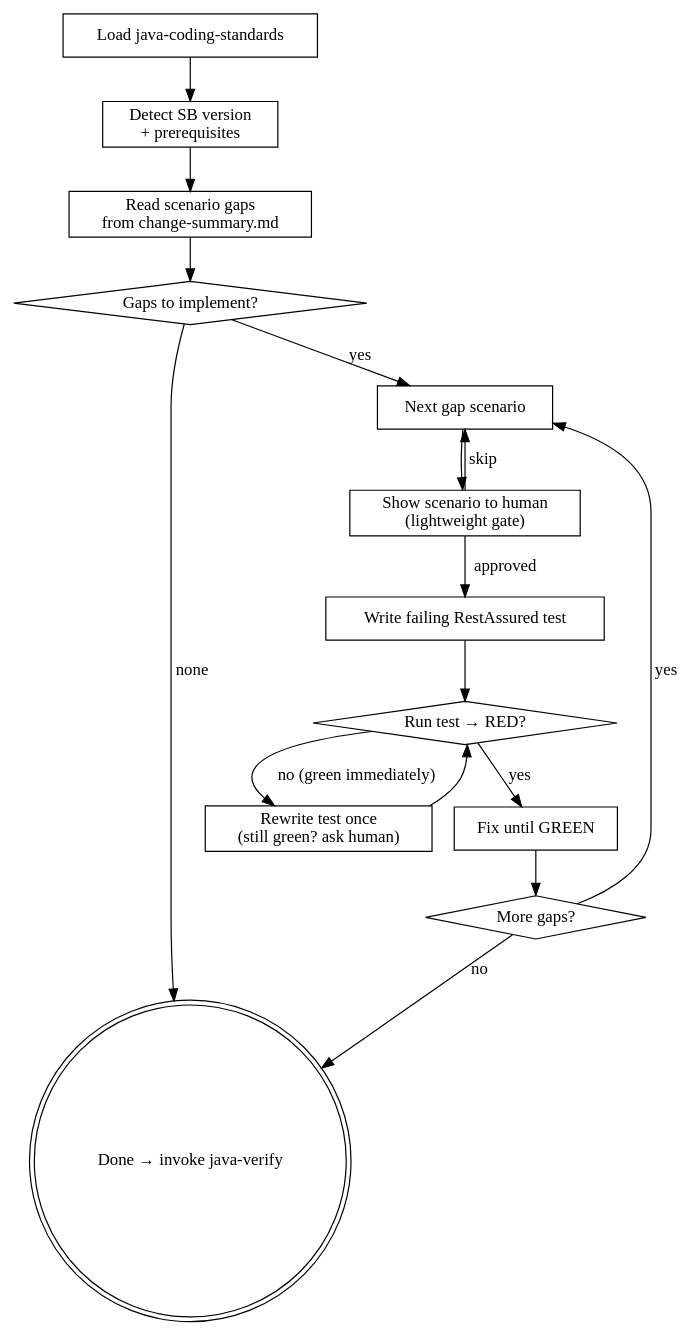
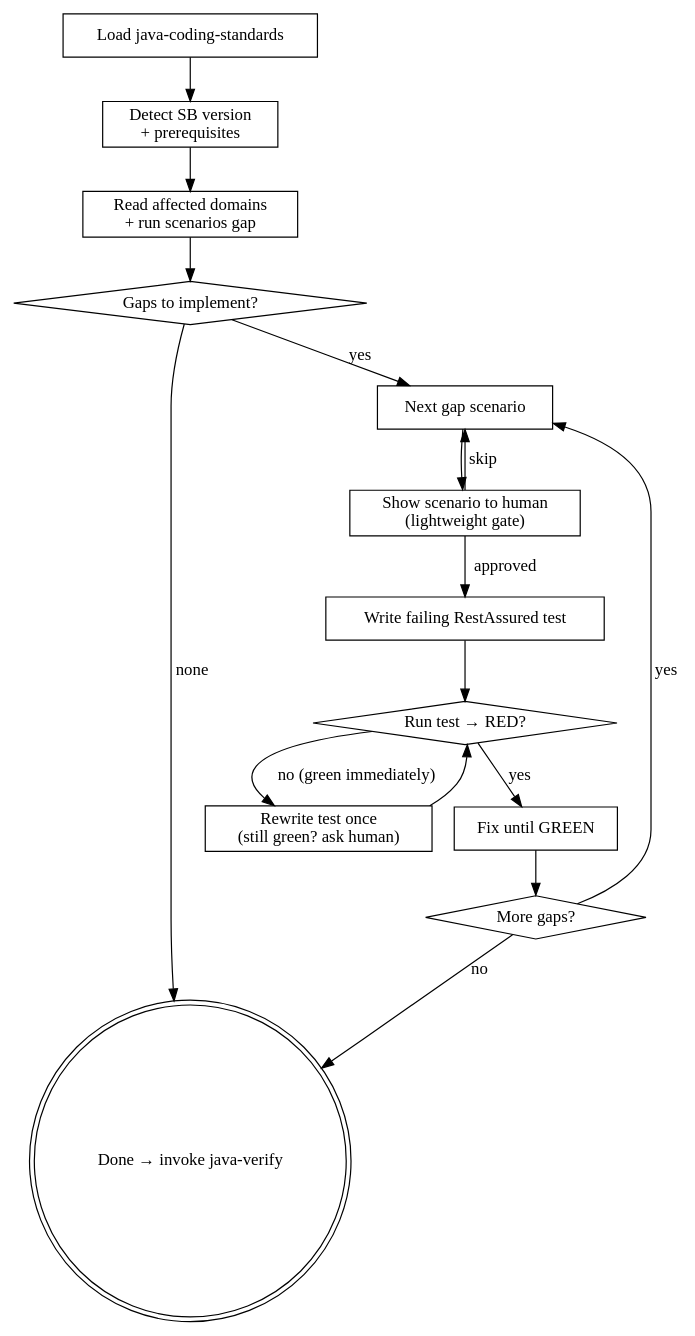
The diagram in skills/scenario-tdd/SKILL.md (honghaowuu/jkit), drawn with Graphviz before and after one commit. The commit also changed other lines of this file and 1 other file, not shown here.

First line of the commit message:
fix: trim java-tdd and align scenario gap handoff with spec-delta

````diff
--- a/skills/scenario-tdd/SKILL.md
+++ b/skills/scenario-tdd/SKILL.md
@@ -40,32 +40,32 @@
 ```dot
 digraph scenario_tdd {
     "Load java-coding-standards" [shape=box];
     "Detect SB version\n+ prerequisites" [shape=box];
-    "Read scenario gaps\nfrom change-summary.md" [shape=box];
+    "Read affected domains\n+ run scenarios gap" [shape=box];
     "Gaps to implement?" [shape=diamond];
     "Done → invoke java-verify" [shape=doublecircle];
     "Next gap scenario" [shape=box];
     "Show scenario to human\n(lightweight gate)" [shape=box];
     "Write failing RestAssured test" [shape=box];
     "Run test → RED?" [shape=diamond];
     "Rewrite test once\n(still green? ask human)" [shape=box];
     "Fix until GREEN" [shape=box];
     "More gaps?" [shape=diamond];
 
     "Load java-coding-standards" -> "Detect SB version\n+ prerequisites";
-    "Detect SB version\n+ prerequisites" -> "Read scenario gaps\nfrom change-summary.md";
-    "Read scenario gaps\nfrom change-summary.md" -> "Gaps to implement?";
+    "Detect SB version\n+ prerequisites" -> "Read affected domains\n+ run scenarios gap";
+    "Read affected domains\n+ run scenarios gap" -> "Gaps to implement?";
     "Gaps to implement?" -> "Done → invoke java-verify" [label="none"];
     "Gaps to implement?" -> "Next gap scenario" [label="yes"];
     "Next gap scenario" -> "Show scenario to human\n(lightweight gate)";
     "Show scenario to human\n(lightweight gate)" -> "Write failing RestAssured test" [label="approved"];
     "Show scenario to human\n(lightweight gate)" -> "Next gap scenario" [label="skip"];
     "Write failing RestAssured test" -> "Run test → RED?";
     "Run test → RED?" -> "Fix until GREEN" [label="yes"];
     "Run test → RED?" -> "Rewrite test once\n(still green? ask human)" [label="no (green immediately)"];
     "Rewrite test once\n(still green? ask human)" -> "Run test → RED?";
     "Fix until GREEN" -> "More gaps?";
     "More gaps?" -> "Next gap scenario" [label="yes"];
     "More gaps?" -> "Done → invoke java-verify" [label="no"];
 }
 ```
````
